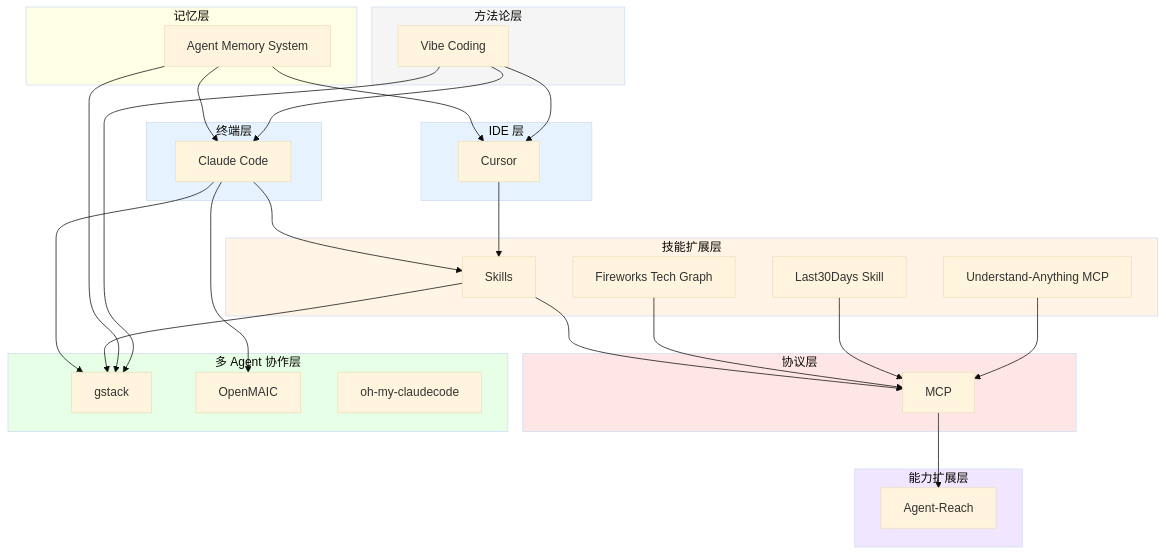
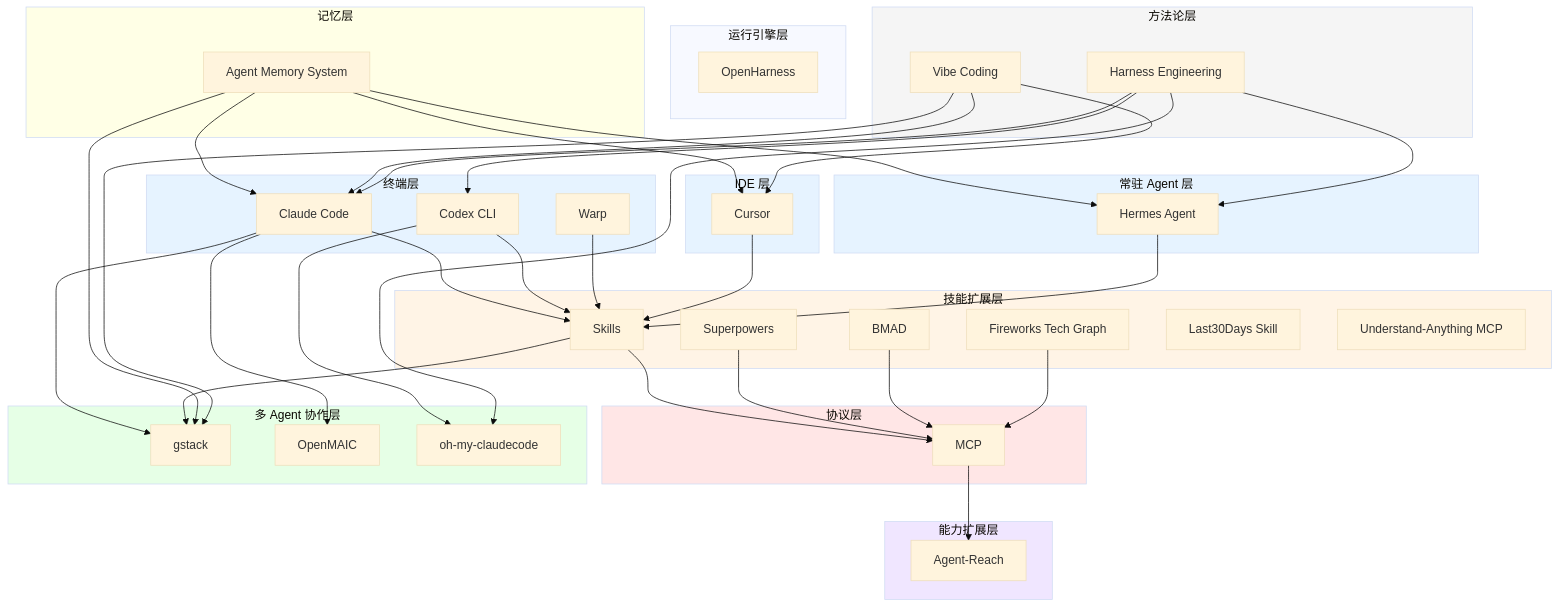
Before and after one commit to briup1/weilan-knowledge-wiki: the first of 3 diagrams in wiki/synthesis/claude-code-agent-ecosystem-landscape.md, drawn with Mermaid (base theme). The commit also changed other lines of this file and 46 other files, not shown here.

Commit message:
docs: expand agent harness and AI knowledge wiki

````diff
--- a/wiki/synthesis/claude-code-agent-ecosystem-landscape.md
+++ b/wiki/synthesis/claude-code-agent-ecosystem-landscape.md
@@ -36,58 +38,79 @@
 ```mermaid
 flowchart TD
     subgraph 终端层["终端层"]
         T1[Claude Code]
+        T2[Codex CLI]
+        T3[Warp]
     end
     subgraph IDE层["IDE 层"]
         I1[Cursor]
     end
+    subgraph 常驻Agent层["常驻 Agent 层"]
+        H1[Hermes Agent]
+    end
+    subgraph 运行引擎层["运行引擎层"]
+        OH[OpenHarness]
+    end
     subgraph 技能扩展层["技能扩展层"]
         S1[Skills]
-        S2[Fireworks Tech Graph]
-        S3[Last30Days Skill]
-        S4[Understand-Anything MCP]
+        S2[Superpowers]
+        S3[BMAD]
+        S4[Fireworks Tech Graph]
+        S5[Last30Days Skill]
+        S6[Understand-Anything MCP]
     end
     subgraph 协议层["协议层"]
         P1[MCP]
     end
     subgraph 多Agent协作层["多 Agent 协作层"]
         M1[gstack]
         M2[OpenMAIC]
         M3[oh-my-claudecode]
     end
     subgraph 能力扩展层["能力扩展层"]
         C1[Agent-Reach]
     end
     subgraph 记忆层["记忆层"]
         MEM[Agent Memory System]
     end
     subgraph 方法论层["方法论层"]
         METH[Vibe Coding]
+        METH2[Harness Engineering]
     end
 
     T1 --> S1
+    T2 --> S1
+    T3 --> S1
     I1 --> S1
     S1 --> P1
     S2 --> P1
     S3 --> P1
     S4 --> P1
     P1 --> C1
     T1 --> M1
     T1 --> M2
+    T2 --> M3
     S1 --> M1
     MEM --> T1
     MEM --> I1
+    MEM --> H1
     MEM --> M1
     METH --> T1
     METH --> I1
     METH --> M1
+    METH2 --> T1
+    METH2 --> T2
+    METH2 --> H1
+    METH2 --> M3
+    H1 --> S1
 
     style 终端层 fill:#e6f3ff
     style IDE层 fill:#e6f3ff
+    style 常驻Agent层 fill:#e6f3ff
     style 技能扩展层 fill:#fff4e6
     style 协议层 fill:#ffe6e6
     style 多Agent协作层 fill:#e6ffe6
     style 能力扩展层 fill:#f0e6ff
     style 记忆层 fill:#ffffe6
     style 方法论层 fill:#f5f5f5
 ```
````
